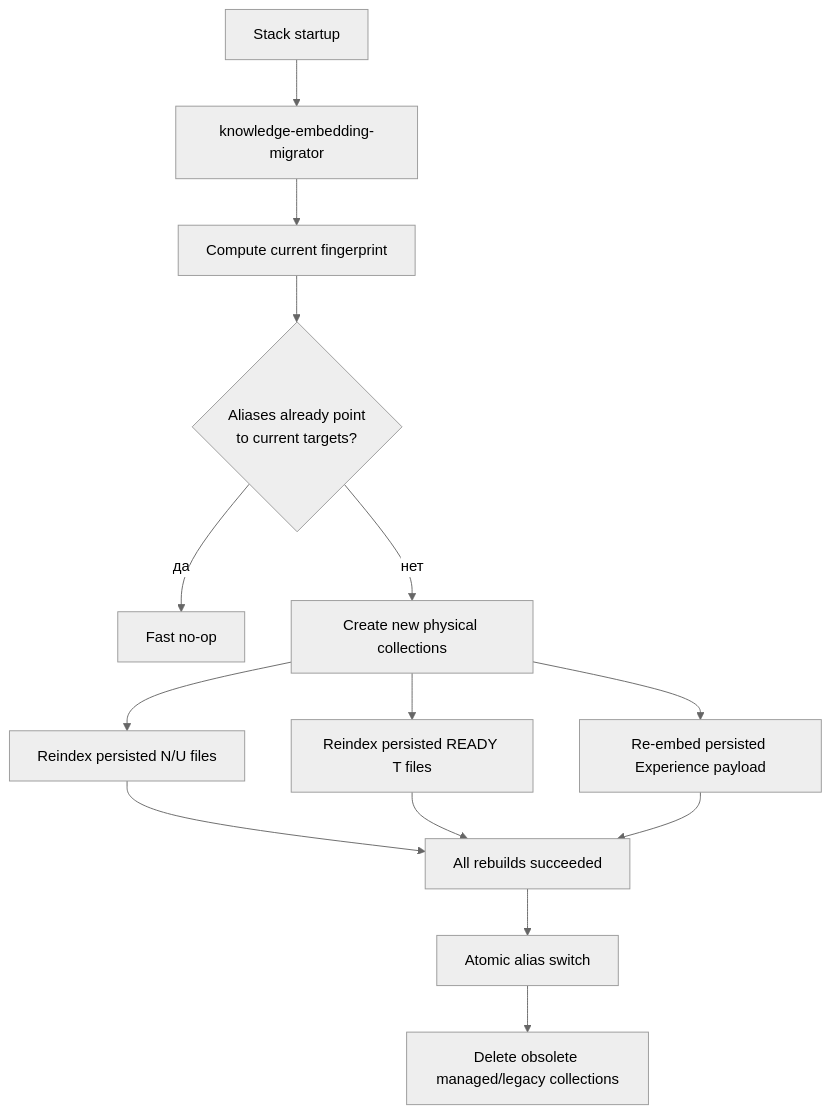
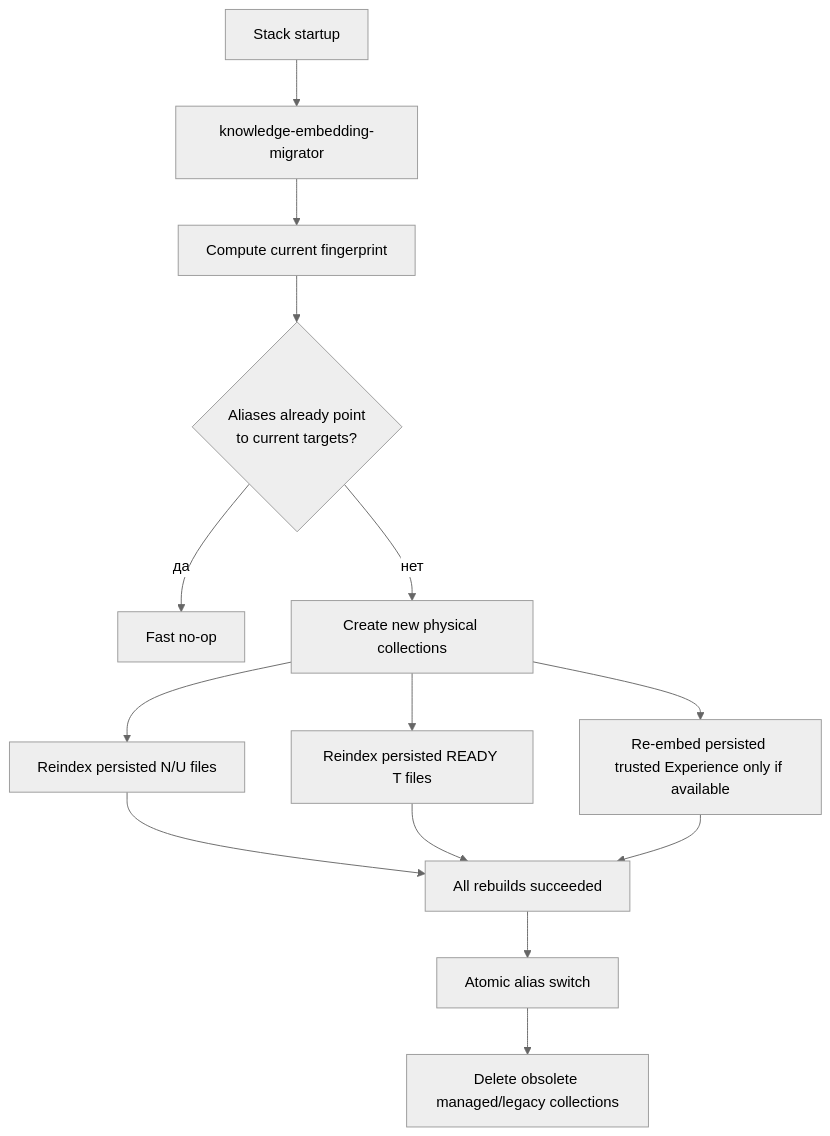
Before and after one commit to Amadu-A/PDRD-validation: the eighth of 15 diagrams in README.md, drawn with Mermaid (neutral theme). The commit also changed other lines of this file and 1 other file, not shown here.

````diff
--- a/README.md
+++ b/README.md
@@ -547,20 +488,20 @@
 ```mermaid
 flowchart TD
     START["Stack startup"] --> MIG["knowledge-embedding-migrator"]
     MIG --> ID["Compute current fingerprint"]
     ID --> SAME{"Aliases already point\nto current targets?"}
 
     SAME -->|да| NOOP["Fast no-op"]
     SAME -->|нет| CREATE["Create new physical collections"]
 
     CREATE --> NU["Reindex persisted N/U files"]
     CREATE --> T["Reindex persisted READY T files"]
-    CREATE --> E["Re-embed persisted Experience payload"]
+    CREATE --> E["Re-embed persisted trusted Experience only if available"]
 
     NU --> CHECK["All rebuilds succeeded"]
     T --> CHECK
     E --> CHECK
 
     CHECK --> SWITCH["Atomic alias switch"]
     SWITCH --> CLEAN["Delete obsolete managed/legacy collections"]
 ```
````
